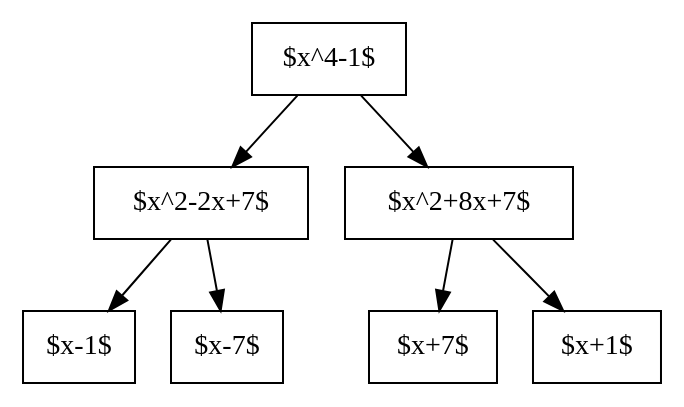
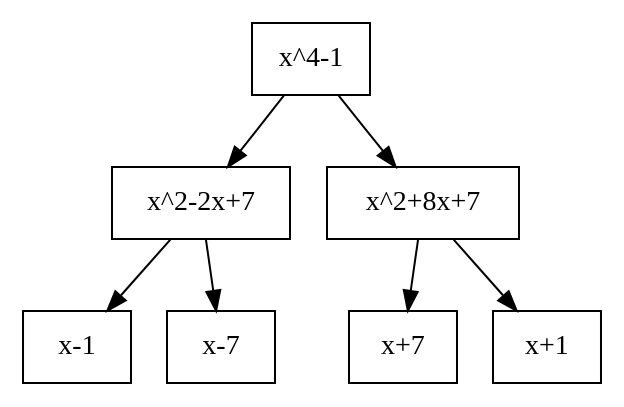
Before and after one commit to Tyzeppelin/hipsterPandoc: the diagram in imcce2016/res/tree53.dot, drawn with Graphviz. The commit also changed 10 other files, not shown here.

Commit message:
fig updated & plus joli

```diff
--- a/imcce2016/res/tree53.dot
+++ b/imcce2016/res/tree53.dot
@@ -1,17 +1,17 @@
 digraph structs {
 node [shape=box];
-	struct1 [shape=box, label="$x^4-1$" ];
-	struct2 [shape=box, label="$x^2-2x+7$"];
-	struct3 [shape=box, label="$x^2+8x+7$"];
+	struct1 [shape=box, label="x^4-1" ];
+	struct2 [shape=box, label="x^2-2x+7"];
+	struct3 [shape=box, label="x^2+8x+7"];
 	struct1 -> struct2;
 	struct1 -> struct3;
-	struct4 [shape=box, label="$x-1$"];
-	struct5 [shape=box, label="$x-7$"];
+	struct4 [shape=box, label="x-1"];
+	struct5 [shape=box, label="x-7"];
 	struct2 -> struct4;
 	struct2 -> struct5;
-	struct6 [shape=box, label="$x+7$"];
-	struct7 [shape=box, label="$x+1$"];
+	struct6 [shape=box, label="x+7"];
+	struct7 [shape=box, label="x+1"];
 	struct3 -> struct6;
 	struct3 -> struct7;
 	
 }
```
